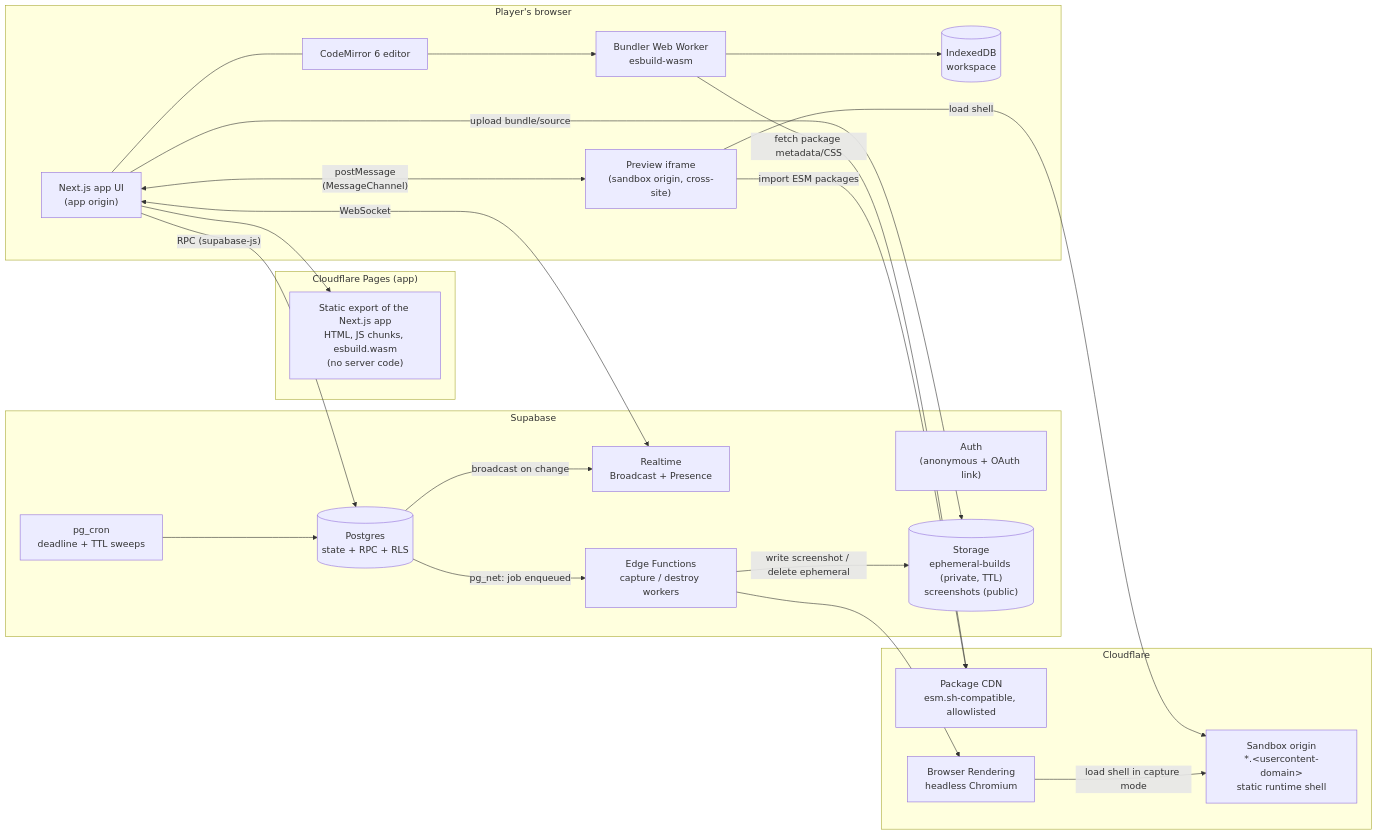
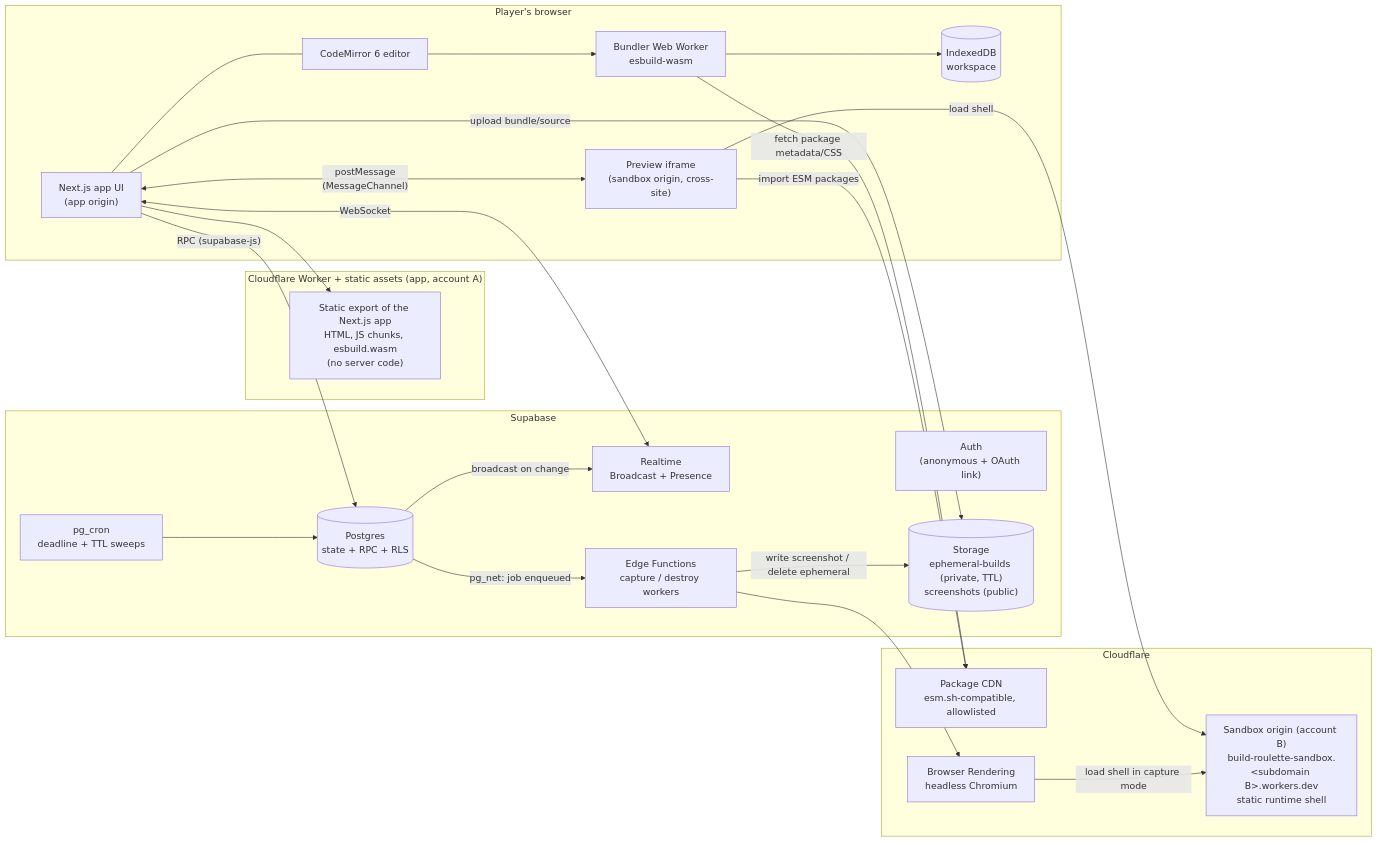
Before and after one commit to ertugrulunal9-ui/Build-Roulette: the first of 2 diagrams in docs/01-architecture.md, drawn with Mermaid. The commit also changed other lines of this file and 6 other files, not shown here.

First line of the commit message:
Document the move to Workers on workers.dev and the second account

````diff
--- a/docs/01-architecture.md
+++ b/docs/01-architecture.md
@@ -26,47 +26,47 @@
 ```mermaid
 flowchart LR
   subgraph Player["Player's browser"]
     UI["Next.js app UI<br/>(app origin)"]
     ED["CodeMirror 6 editor"]
     BW["Bundler Web Worker<br/>esbuild-wasm"]
     IDB[("IndexedDB<br/>workspace")]
     IF["Preview iframe<br/>(sandbox origin, cross-site)"]
     UI --- ED
     ED --> BW
     BW --> IDB
     UI <-->|"postMessage<br/>(MessageChannel)"| IF
   end
 
-  subgraph CFApp["Cloudflare Pages (app)"]
+  subgraph CFApp["Cloudflare Worker + static assets (app, account A)"]
     NX["Static export of the Next.js app<br/>HTML, JS chunks, esbuild.wasm<br/>(no server code)"]
   end
 
   subgraph Supabase
     AUTH["Auth<br/>(anonymous + OAuth link)"]
     PG[("Postgres<br/>state + RPC + RLS")]
     RT["Realtime<br/>Broadcast + Presence"]
     ST[("Storage<br/>ephemeral-builds (private, TTL)<br/>screenshots (public)")]
     EF["Edge Functions<br/>capture / destroy workers"]
     CRON["pg_cron<br/>deadline + TTL sweeps"]
   end
 
   subgraph Cloudflare
-    SB["Sandbox origin<br/>*.&lt;usercontent-domain&gt;<br/>static runtime shell"]
+    SB["Sandbox origin (account B)<br/>build-roulette-sandbox.&lt;subdomain B&gt;.workers.dev<br/>static runtime shell"]
     CDN["Package CDN<br/>esm.sh-compatible, allowlisted"]
     BR["Browser Rendering<br/>headless Chromium"]
   end
 
   UI -->|"RPC (supabase-js)"| PG
   UI <-->|"WebSocket"| RT
   UI -->|"upload bundle/source"| ST
   UI --> NX
   BW -->|"fetch package metadata/CSS"| CDN
   IF -->|"load shell"| SB
   IF -->|"import ESM packages"| CDN
   PG -->|"broadcast on change"| RT
   CRON --> PG
   PG -->|"pg_net: job enqueued"| EF
   EF --> BR
   BR -->|"load shell in capture mode"| SB
   EF -->|"write screenshot / delete ephemeral"| ST
 ```
````
